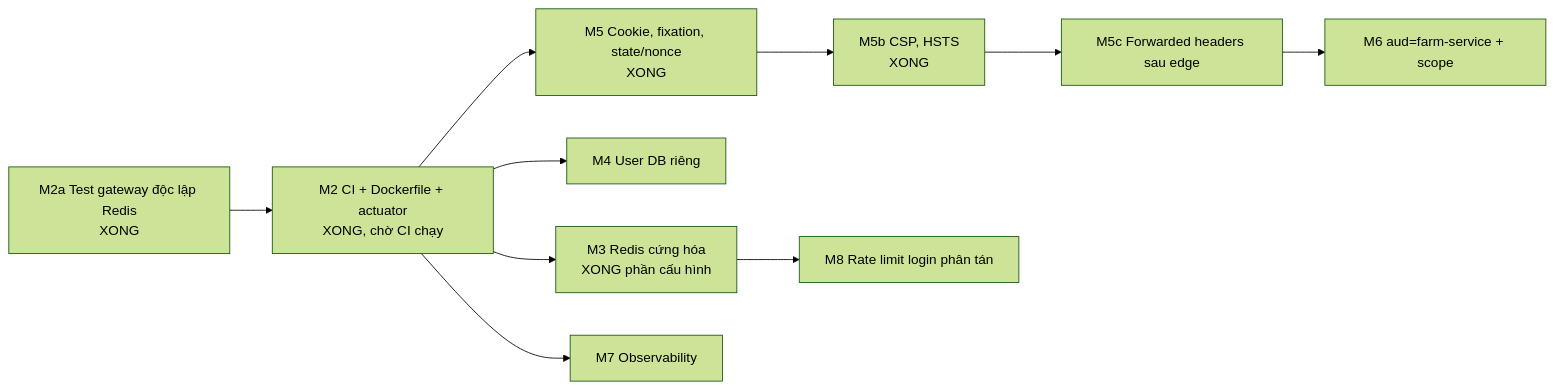
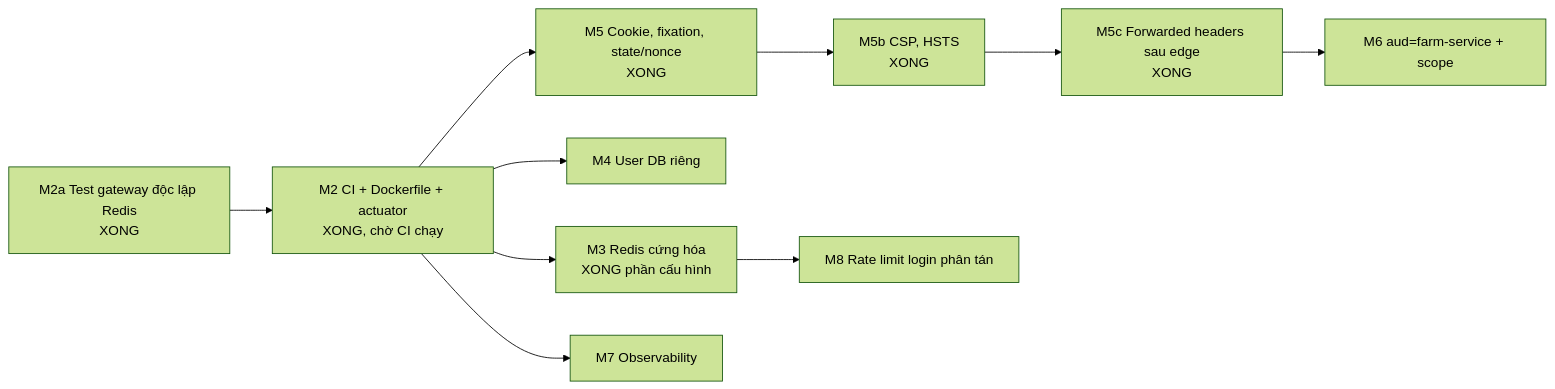
One commit to hatrongvu13/smartfarm-platform-maven-starter changed the diagram in docs/architecture/migration-roadmap.md. Above: the diagram before and after it, drawn with Mermaid (forest theme). The commit also changed other lines of this file and 12 other files, not shown here.

First line of the commit message:
fix(gateway): trust X-Forwarded-* only from configured edge so redirect_uri is https behind TLS (M5c)

````diff
--- a/docs/architecture/migration-roadmap.md
+++ b/docs/architecture/migration-roadmap.md
@@ -5,10 +5,10 @@
 ```mermaid
 flowchart LR
     M2a[M2a Test gateway độc lập Redis<br/>XONG] --> M2[M2 CI + Dockerfile + actuator<br/>XONG, chờ CI chạy]
     M2 --> M3[M3 Redis cứng hóa<br/>XONG phần cấu hình]
     M2 --> M4[M4 User DB riêng]
-    M2 --> M5[M5 Cookie, fixation, state/nonce<br/>XONG] --> M5b[M5b CSP, HSTS<br/>XONG] --> M5c[M5c Forwarded headers sau edge]
+    M2 --> M5[M5 Cookie, fixation, state/nonce<br/>XONG] --> M5b[M5b CSP, HSTS<br/>XONG] --> M5c[M5c Forwarded headers sau edge<br/>XONG]
     M5c --> M6[M6 aud=farm-service + scope]
     M2 --> M7[M7 Observability]
     M3 --> M8[M8 Rate limit login phân tán]
 ```
````
